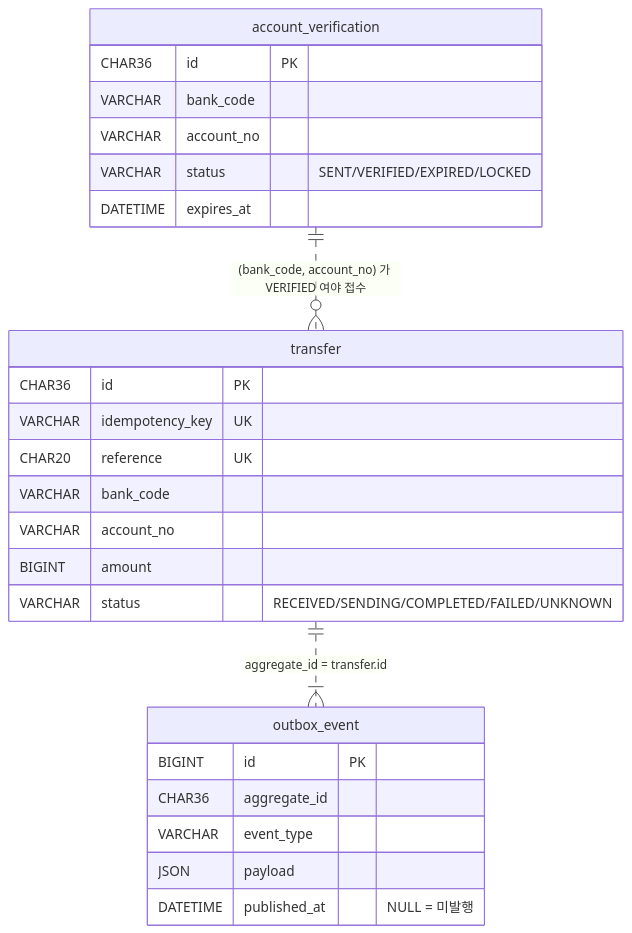
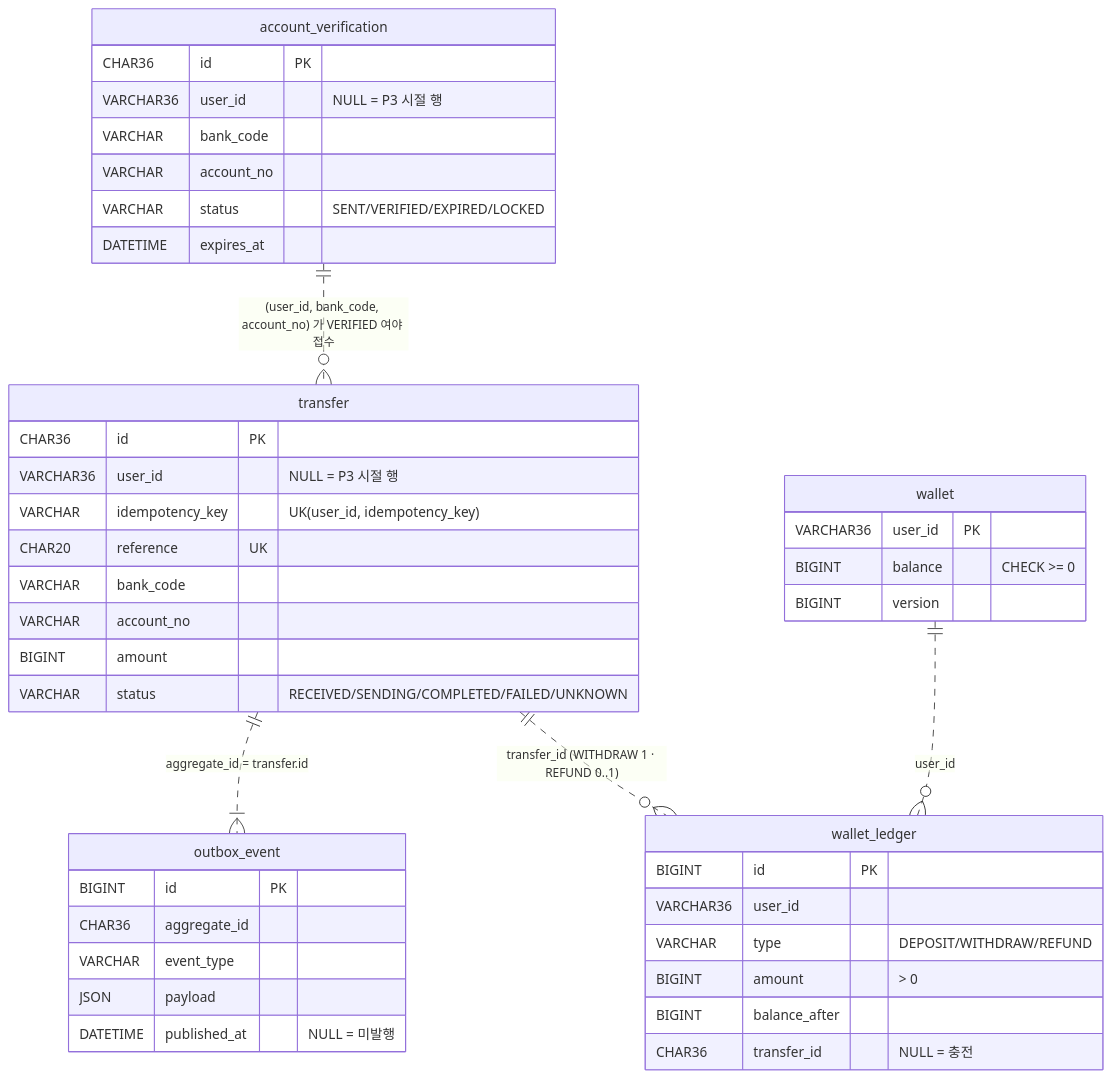
Before and after one commit to hyeokjinON/bank-transfer: the diagram in docs/database.md, drawn with Mermaid. The commit also changed other lines of this file and 18 other files, not shown here.

````diff
--- a/docs/database.md
+++ b/docs/database.md
@@ -47,28 +47,45 @@
 ```mermaid
 erDiagram
     account_verification {
         CHAR36 id PK
+        VARCHAR36 user_id "NULL = P3 시절 행"
         VARCHAR bank_code
         VARCHAR account_no
         VARCHAR status "SENT/VERIFIED/EXPIRED/LOCKED"
         DATETIME expires_at
     }
     transfer {
         CHAR36 id PK
-        VARCHAR idempotency_key UK
+        VARCHAR36 user_id "NULL = P3 시절 행"
+        VARCHAR idempotency_key "UK(user_id, idempotency_key)"
         CHAR20 reference UK
         VARCHAR bank_code
         VARCHAR account_no
         BIGINT amount
         VARCHAR status "RECEIVED/SENDING/COMPLETED/FAILED/UNKNOWN"
     }
     outbox_event {
         BIGINT id PK
         CHAR36 aggregate_id
         VARCHAR event_type
         JSON payload
         DATETIME published_at "NULL = 미발행"
     }
-    account_verification ||..o{ transfer : "(bank_code, account_no) 가 VERIFIED 여야 접수"
+    wallet {
+        VARCHAR36 user_id PK
+        BIGINT balance "CHECK >= 0"
+        BIGINT version
+    }
+    wallet_ledger {
+        BIGINT id PK
+        VARCHAR36 user_id
+        VARCHAR type "DEPOSIT/WITHDRAW/REFUND"
+        BIGINT amount "> 0"
+        BIGINT balance_after
+        CHAR36 transfer_id "NULL = 충전"
+    }
+    account_verification ||..o{ transfer : "(user_id, bank_code, account_no) 가 VERIFIED 여야 접수"
     transfer ||..|{ outbox_event : "aggregate_id = transfer.id"
+    wallet ||..o{ wallet_ledger : "user_id"
+    transfer ||..o{ wallet_ledger : "transfer_id (WITHDRAW 1 · REFUND 0..1)"
 ```
````
